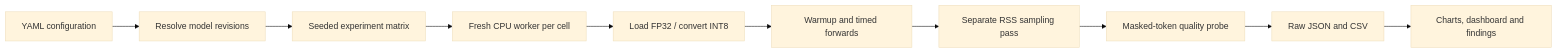
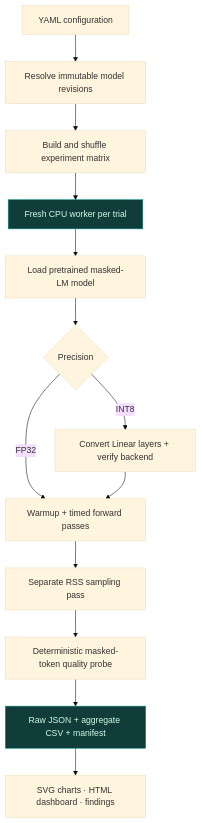
Before and after one commit to Skeeb32/ml-model-optimization-benchmark: the diagram in README.md, drawn with Mermaid (base theme). The commit also changed other lines of this file and 1 other file, not shown here.

````diff
--- a/README.md
+++ b/README.md
@@ -67,12 +120,17 @@
 ```mermaid
-flowchart LR
-    A[YAML configuration] --> B[Resolve model revisions]
-    B --> C[Seeded experiment matrix]
-    C --> D[Fresh CPU worker per cell]
-    D --> E[Load FP32 / convert INT8]
-    E --> F[Warmup and timed forwards]
-    F --> G[Separate RSS sampling pass]
-    G --> H[Masked-token quality probe]
-    H --> I[Raw JSON and CSV]
-    I --> J[Charts, dashboard and findings]
+flowchart TD
+    A["YAML configuration"] --> B["Resolve immutable model revisions"]
+    B --> C["Build and shuffle experiment matrix"]
+    C --> D["Fresh CPU worker per trial"]
+    D --> E["Load pretrained masked-LM model"]
+    E --> F{"Precision"}
+    F -->|FP32| G["Warmup + timed forward passes"]
+    F -->|INT8| H["Convert Linear layers + verify backend"]
+    H --> G
+    G --> I["Separate RSS sampling pass"]
+    I --> J["Deterministic masked-token quality probe"]
+    J --> K["Raw JSON + aggregate CSV + manifest"]
+    K --> L["SVG charts · HTML dashboard · findings"]
+    style D fill:#103c3a,color:#d1fae5,stroke:#0d9488
+    style K fill:#103c3a,color:#d1fae5,stroke:#0d9488
 ```
````
